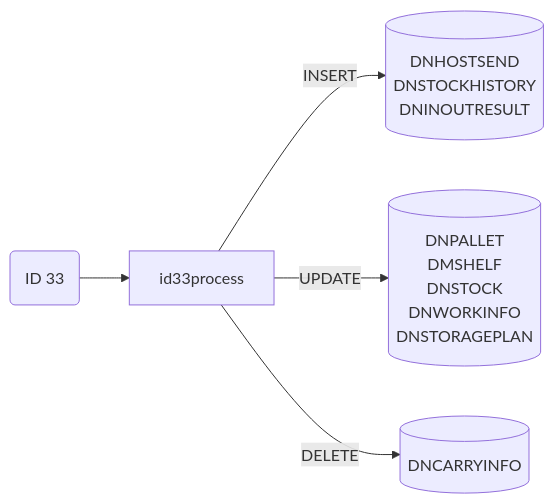
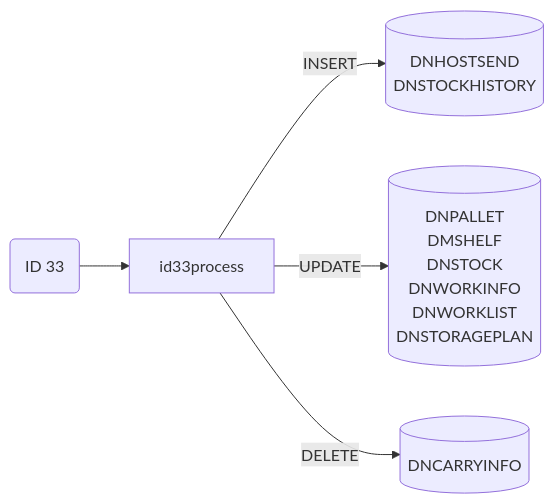
One commit to luthfiadityaa/SimeDarby-Wiki changed diagram 23 of 23 in Basic-Design/DFD-WMS/Storage/Palletizing-Settting/Palletize-Start.md. Above: the diagram before and after it, drawn with Mermaid.

Commit message:
Updated Palletize Start

```diff
--- a/Basic-Design/DFD-WMS/Storage/Palletizing-Settting/Palletize-Start.md
+++ b/Basic-Design/DFD-WMS/Storage/Palletizing-Settting/Palletize-Start.md
@@ -1119,28 +1119,28 @@
 ::: mermaid
 flowchart LR
 
 id33("
 ID 33
 ")
 
 id33-insert[("
 DNHOSTSEND
 DNSTOCKHISTORY
-DNINOUTRESULT
 ")]
 id33-update[("
 DNPALLET
 DMSHELF
 DNSTOCK
 DNWORKINFO
+DNWORKLIST
 DNSTORAGEPLAN
 ")]
 id33-delete[("
 DNCARRYINFO
 ")]
 
 id33-->id33process
 id33process--> |INSERT| id33-insert
 id33process--> |UPDATE| id33-update
 id33process--> |DELETE| id33-delete
 :::
```
